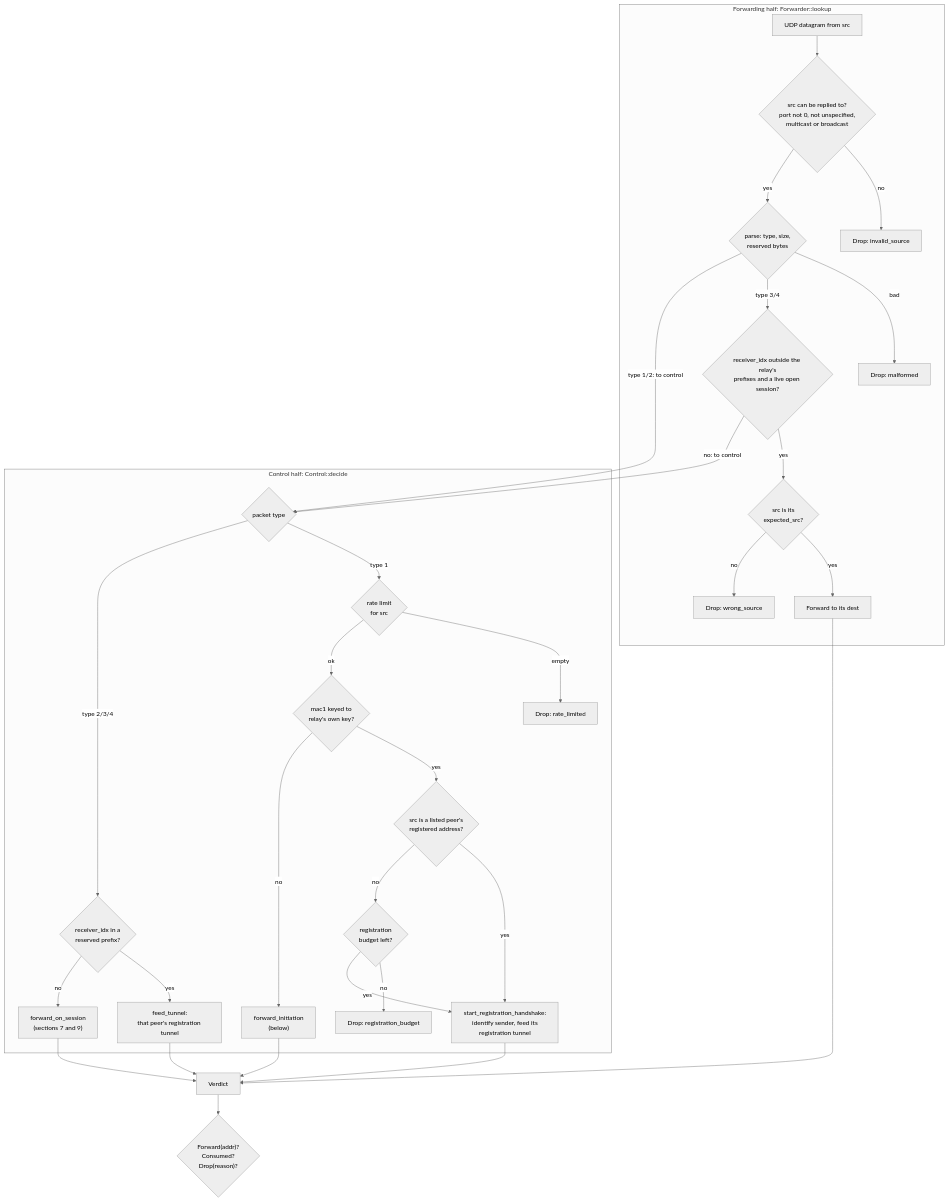
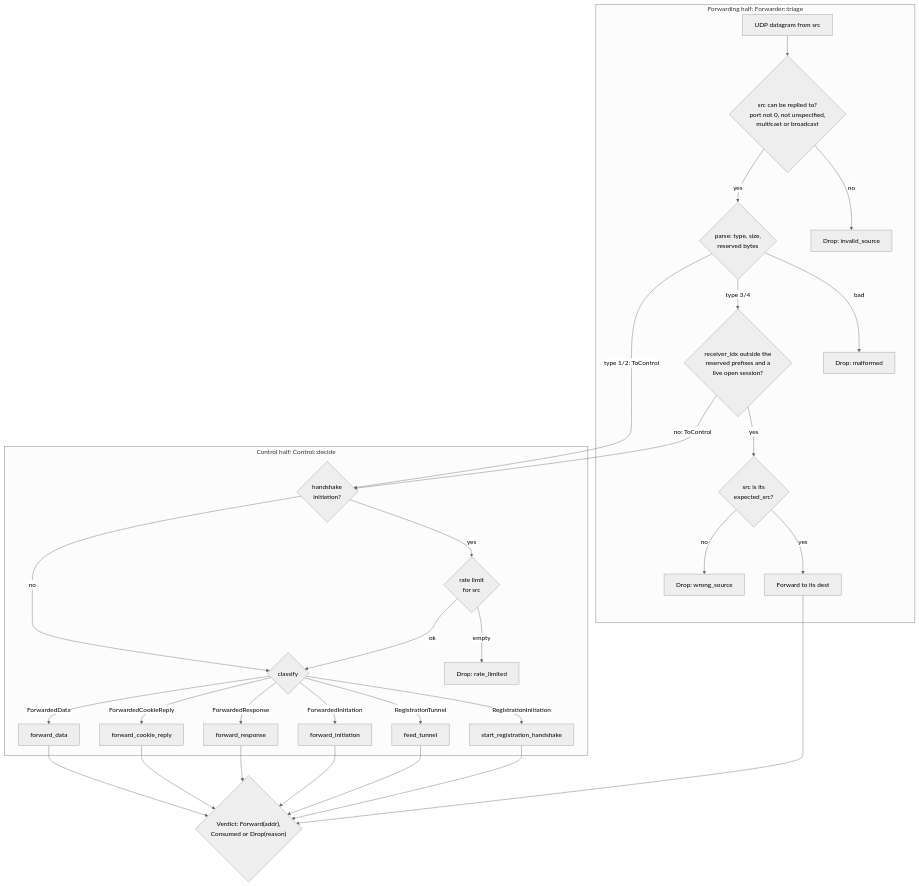
Diagram 14 of 22 in docs/how-it-works.md (3alpha/wg-relay), drawn with Mermaid (neutral theme) before and after one commit. The commit also changed other lines of this file and 9 other files, not shown here.

First line of the commit message:
refactor(relay): classify each datagram once and dispatch in one match

````diff
--- a/docs/how-it-works.md
+++ b/docs/how-it-works.md
@@ -500,36 +512,35 @@
 ```mermaid
 flowchart TD
-    subgraph fwd["Forwarding half: Forwarder::lookup"]
+    subgraph fwd["Forwarding half: Forwarder::triage"]
         IN["UDP datagram from src"] --> SV{"src can be replied to?<br/>port not 0, not unspecified,<br/>multicast or broadcast"}
         SV -- no --> D0["Drop: invalid_source"]
         SV -- yes --> P{"parse: type, size,<br/>reserved bytes"}
         P -- bad --> M["Drop: malformed"]
-        P -- "type 3/4" --> FO{"receiver_idx outside the relay's<br/>prefixes and a live open session?"}
+        P -- "type 3/4" --> FO{"receiver_idx outside the<br/>reserved prefixes and a<br/>live open session?"}
         FO -- yes --> FS{"src is its<br/>expected_src?"}
         FS -- yes --> FW["Forward to its dest"]
         FS -- no --> D3["Drop: wrong_source"]
     end
     subgraph ctl["Control half: Control::decide"]
-        T{"packet type"}
-        T -- "type 1" --> RL{"rate limit<br/>for src"}
+        T{"handshake<br/>initiation?"}
+        T -- yes --> RL{"rate limit<br/>for src"}
         RL -- empty --> D1["Drop: rate_limited"]
-        RL -- ok --> RM{"mac1 keyed to<br/>relay's own key?"}
-        RM -- yes --> RS{"src is a listed peer's<br/>registered address?"}
-        RS -- yes --> REG["start_registration_handshake:<br/>identify sender, feed its<br/>registration tunnel"]
-        RS -- no --> RB{"registration<br/>budget left?"}
-        RB -- no --> D2["Drop: registration_budget"]
-        RB -- yes --> REG
-        RM -- no --> FI["forward_initiation<br/>(below)"]
-        T -- "type 2/3/4" --> PX{"receiver_idx in a<br/>reserved prefix?"}
-        PX -- yes --> TR["feed_tunnel:<br/>that peer's registration tunnel"]
-        PX -- no --> FX["forward_on_session<br/>(sections 7 and 9)"]
+        RL -- ok --> C{"classify"}
+        T -- no --> C
+        C -- "RegistrationInitiation" --> REG["start_registration_handshake"]
+        C -- "RegistrationTunnel" --> TR["feed_tunnel"]
+        C -- "ForwardedInitiation" --> FI["forward_initiation"]
+        C -- "ForwardedResponse" --> FR["forward_response"]
+        C -- "ForwardedCookieReply" --> FC["forward_cookie_reply"]
+        C -- "ForwardedData" --> FD["forward_data"]
     end
-    P -- "type 1/2: to control" --> T
-    FO -- "no: to control" --> T
-    FW --> V["Verdict"]
+    P -- "type 1/2: ToControl" --> T
+    FO -- "no: ToControl" --> T
+    FW --> V{"Verdict: Forward(addr),<br/>Consumed or Drop(reason)"}
     REG --> V
     TR --> V
     FI --> V
-    FX --> V
-    V --> OUT{"Forward(addr)?<br/>Consumed?<br/>Drop(reason)?"}
+    FR --> V
+    FC --> V
+    FD --> V
 ```
````
